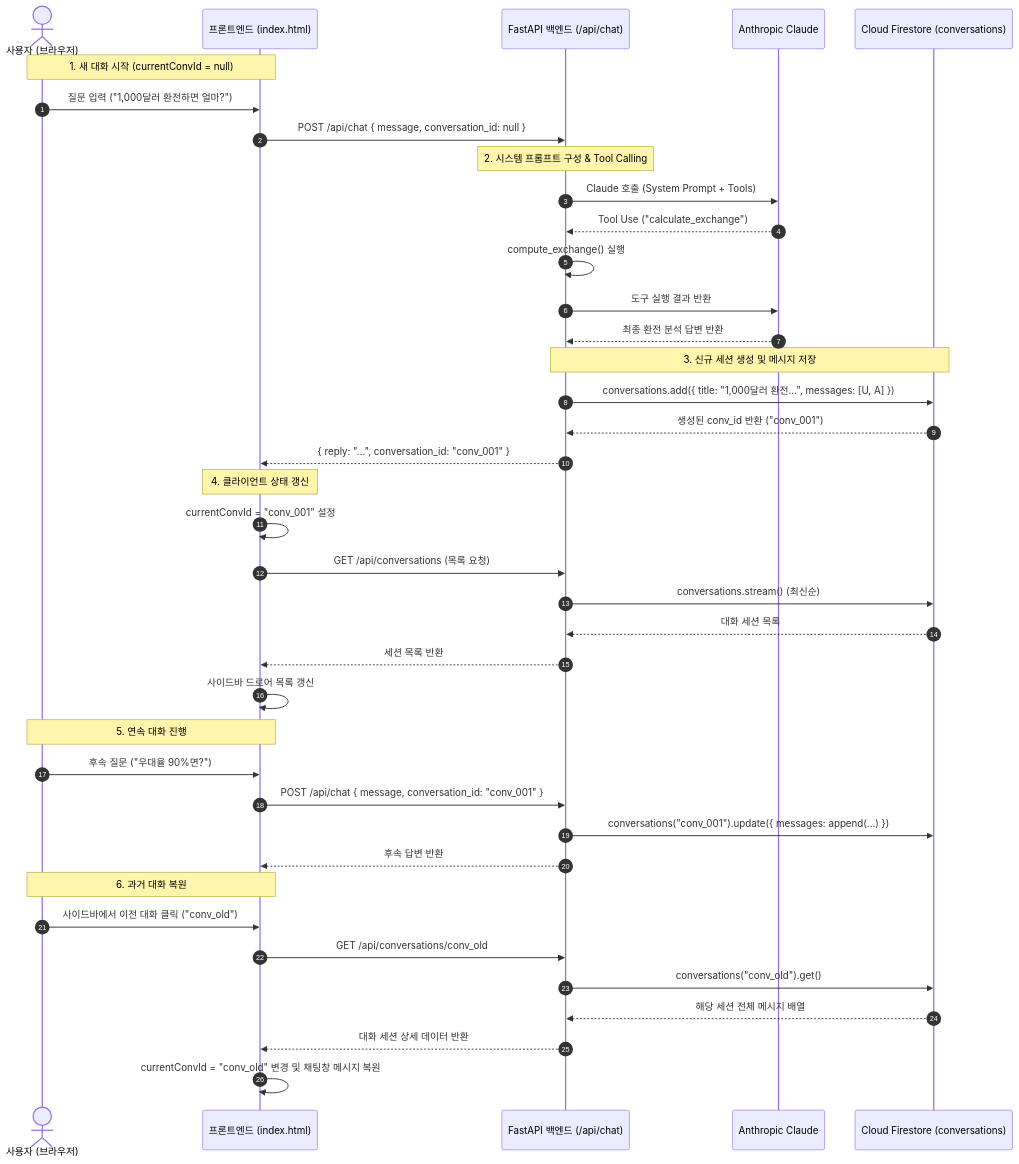
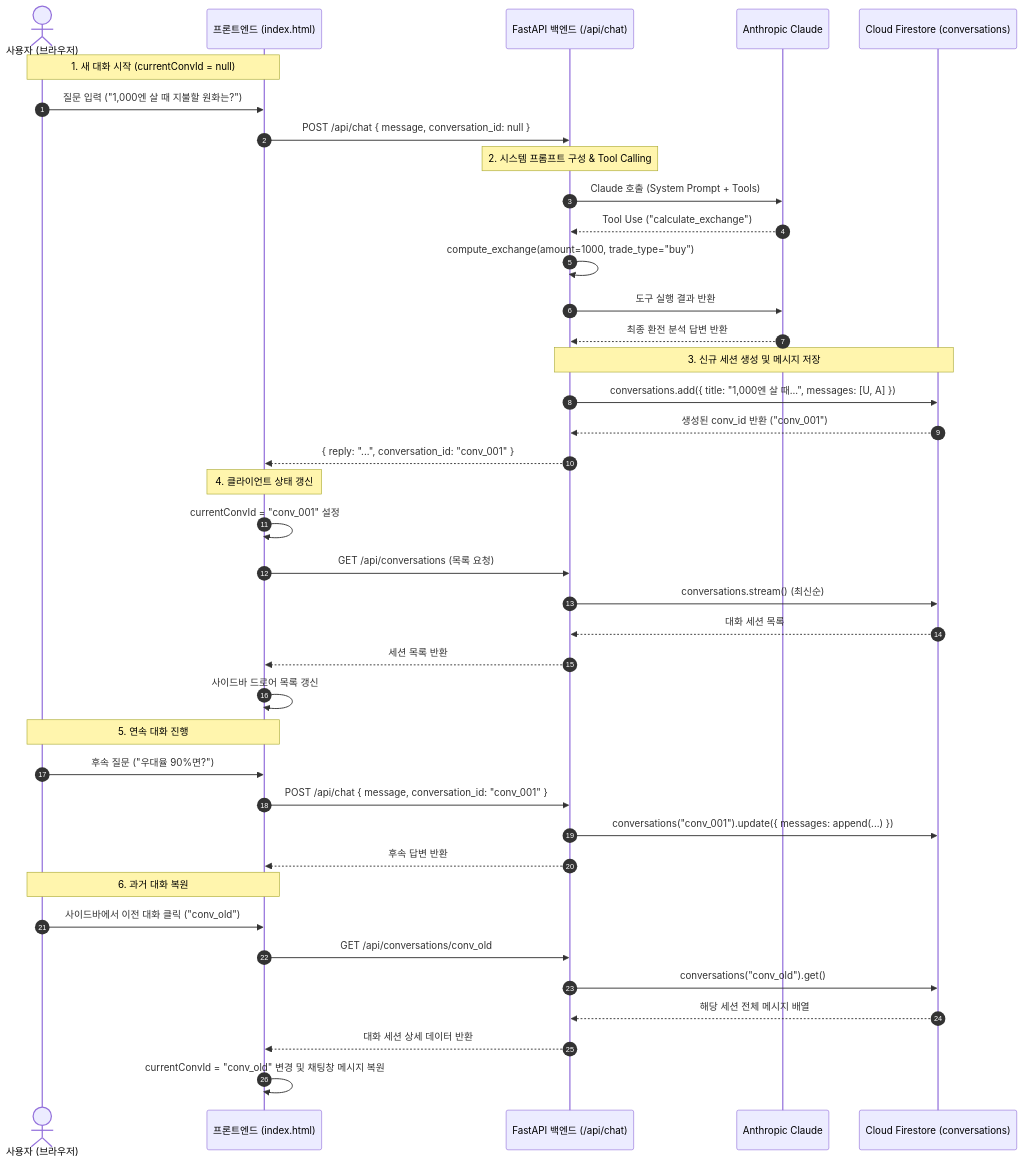
Before and after one commit to mustiolla/ai_agent_fx: the fourth of 5 diagrams in README.md, drawn with Mermaid. The commit also changed other lines of this file and 3 other files, not shown here.

Commit message:
fix: README 렌더링 에러(Mermaid/ASCII) 수정 및 평가 피드백(보안·CORS·콜드스타트·호환성·보존정책) 보완

````diff
--- a/README.md
+++ b/README.md
@@ -385,47 +377,47 @@
 ```mermaid
 sequenceDiagram
     autonumber
     actor User as 사용자 (브라우저)
     participant UI as 프론트엔드 (index.html)
     participant API as FastAPI 백엔드 (/api/chat)
     participant AI as Anthropic Claude
     participant DB as Cloud Firestore (conversations)
 
     Note over User, UI: 1. 새 대화 시작 (currentConvId = null)
-    User->>UI: 질문 입력 ("1,000달러 환전하면 얼마?")
+    User->>UI: 질문 입력 ("1,000엔 살 때 지불할 원화는?")
     UI->>API: POST /api/chat { message, conversation_id: null }
     
     Note over API: 2. 시스템 프롬프트 구성 & Tool Calling
     API->>AI: Claude 호출 (System Prompt + Tools)
     AI-->>API: Tool Use ("calculate_exchange")
-    API->>API: compute_exchange() 실행
+    API->>API: compute_exchange(amount=1000, trade_type="buy")
     API->>AI: 도구 실행 결과 반환
     AI-->>API: 최종 환전 분석 답변 반환
     
     Note over API, DB: 3. 신규 세션 생성 및 메시지 저장
-    API->>DB: conversations.add({ title: "1,000달러 환전...", messages: [U, A] })
+    API->>DB: conversations.add({ title: "1,000엔 살 때...", messages: [U, A] })
     DB-->>API: 생성된 conv_id 반환 ("conv_001")
     API-->>UI: { reply: "...", conversation_id: "conv_001" }
     
     Note over UI: 4. 클라이언트 상태 갱신
     UI->>UI: currentConvId = "conv_001" 설정
     UI->>API: GET /api/conversations (목록 요청)
     API->>DB: conversations.stream() (최신순)
     DB-->>API: 대화 세션 목록
     API-->>UI: 세션 목록 반환
     UI->>UI: 사이드바 드로어 목록 갱신
 
     Note over User, UI: 5. 연속 대화 진행
     User->>UI: 후속 질문 ("우대율 90%면?")
     UI->>API: POST /api/chat { message, conversation_id: "conv_001" }
     API->>DB: conversations("conv_001").update({ messages: append(...) })
     API-->>UI: 후속 답변 반환
 
     Note over User, UI: 6. 과거 대화 복원
     User->>UI: 사이드바에서 이전 대화 클릭 ("conv_old")
     UI->>API: GET /api/conversations/conv_old
     API->>DB: conversations("conv_old").get()
     DB-->>API: 해당 세션 전체 메시지 배열
     API-->>UI: 대화 세션 상세 데이터 반환
     UI->>UI: currentConvId = "conv_old" 변경 및 채팅창 메시지 복원
 ```
````
